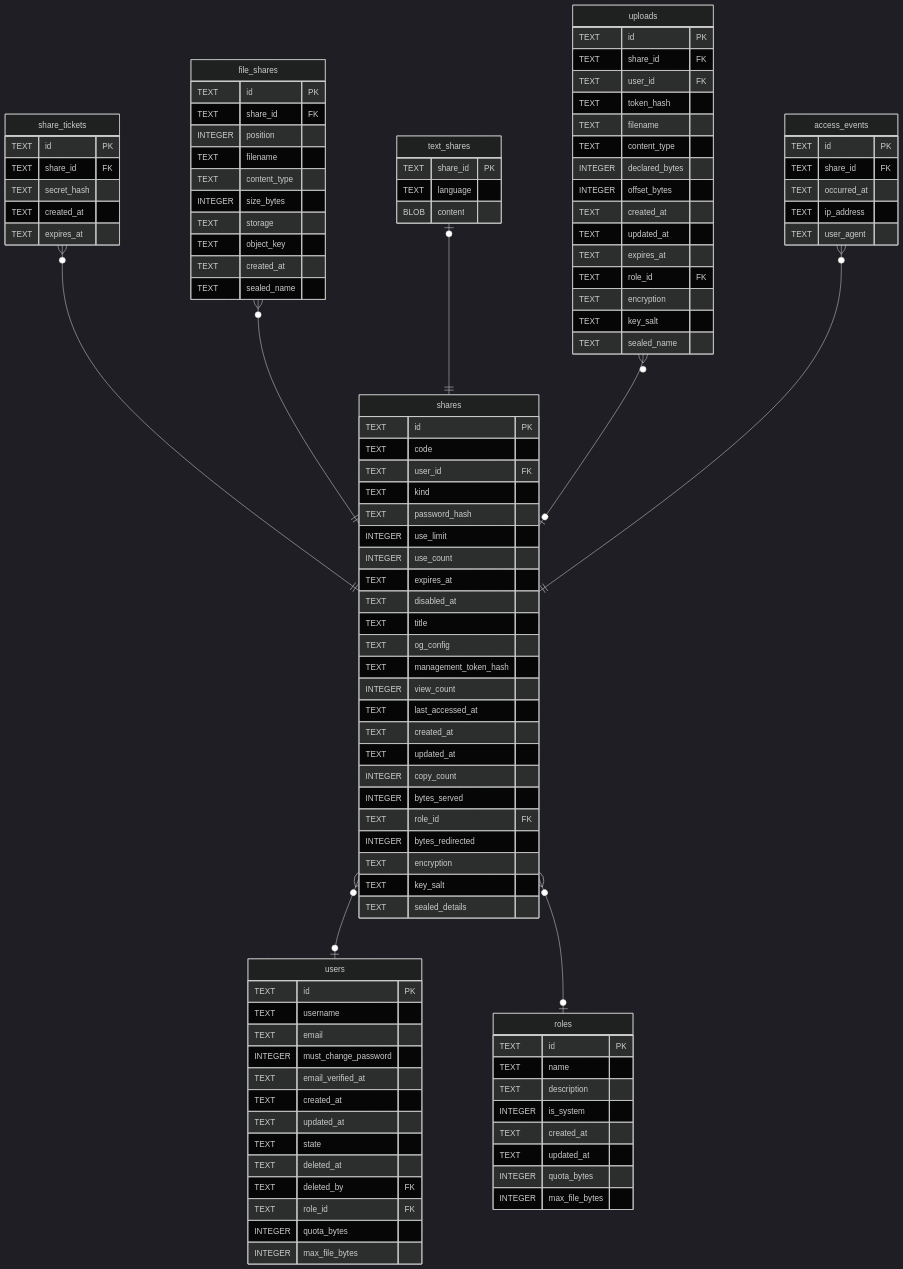
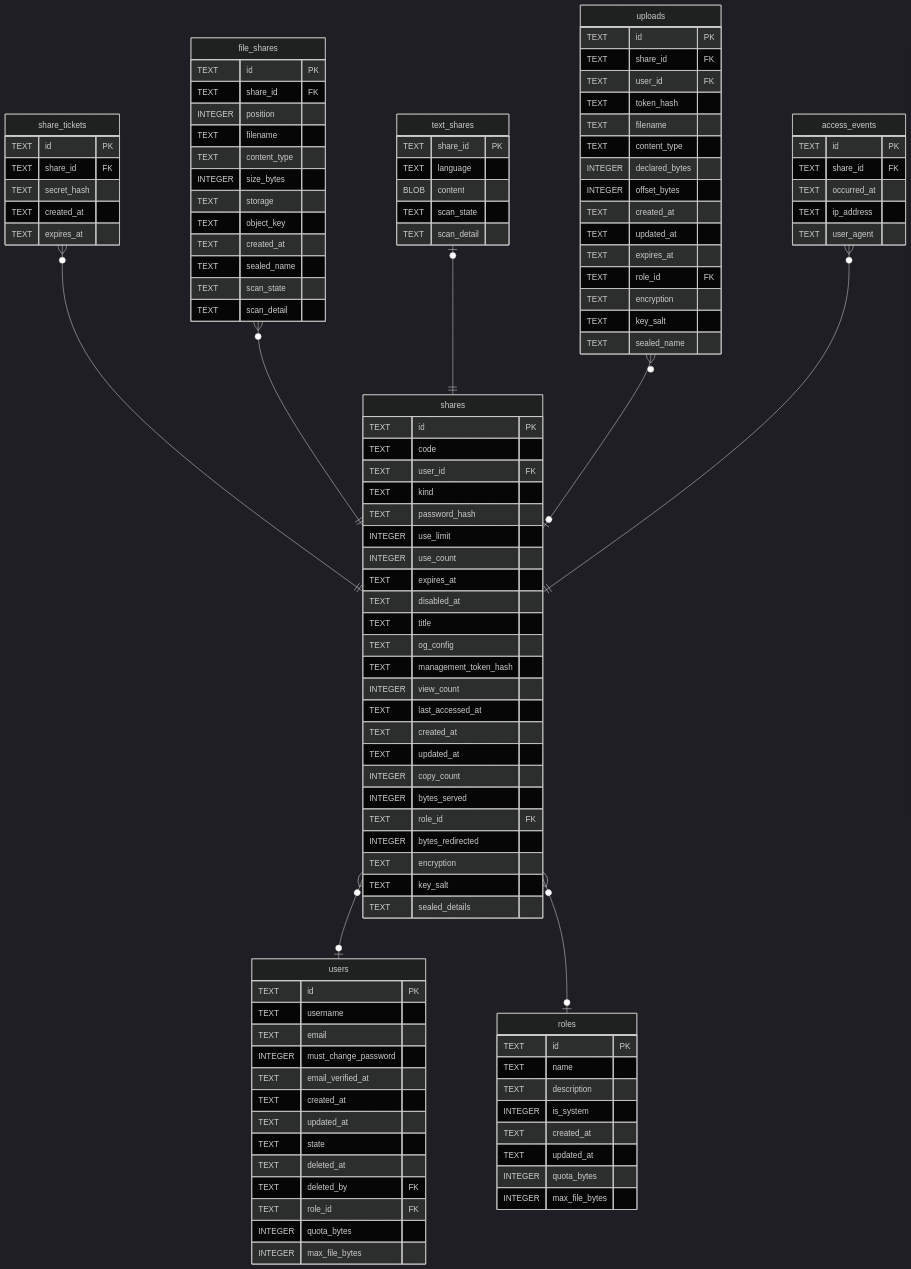
The diagram in docs/schema/shares.md (Limatura/tessera), drawn with Mermaid (dark theme) before and after one commit. The commit also changed 41 other files, not shown here.

```diff
--- a/docs/schema/shares.md
+++ b/docs/schema/shares.md
@@ -153,11 +153,15 @@
   TEXT object_key
   TEXT created_at
   TEXT sealed_name
+  TEXT scan_state
+  TEXT scan_detail
 }
 "text_shares" {
   TEXT share_id PK
   TEXT language
   BLOB content
+  TEXT scan_state
+  TEXT scan_detail
 }
 "uploads" {
   TEXT id PK
```
